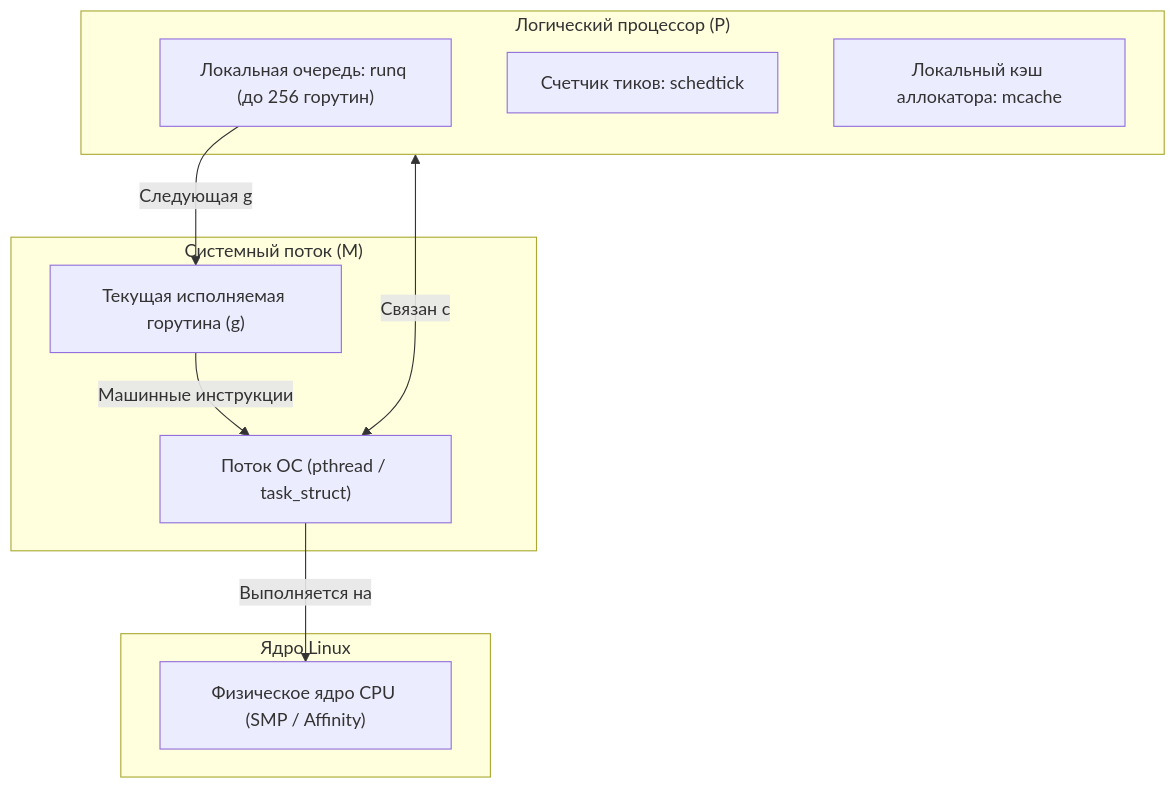
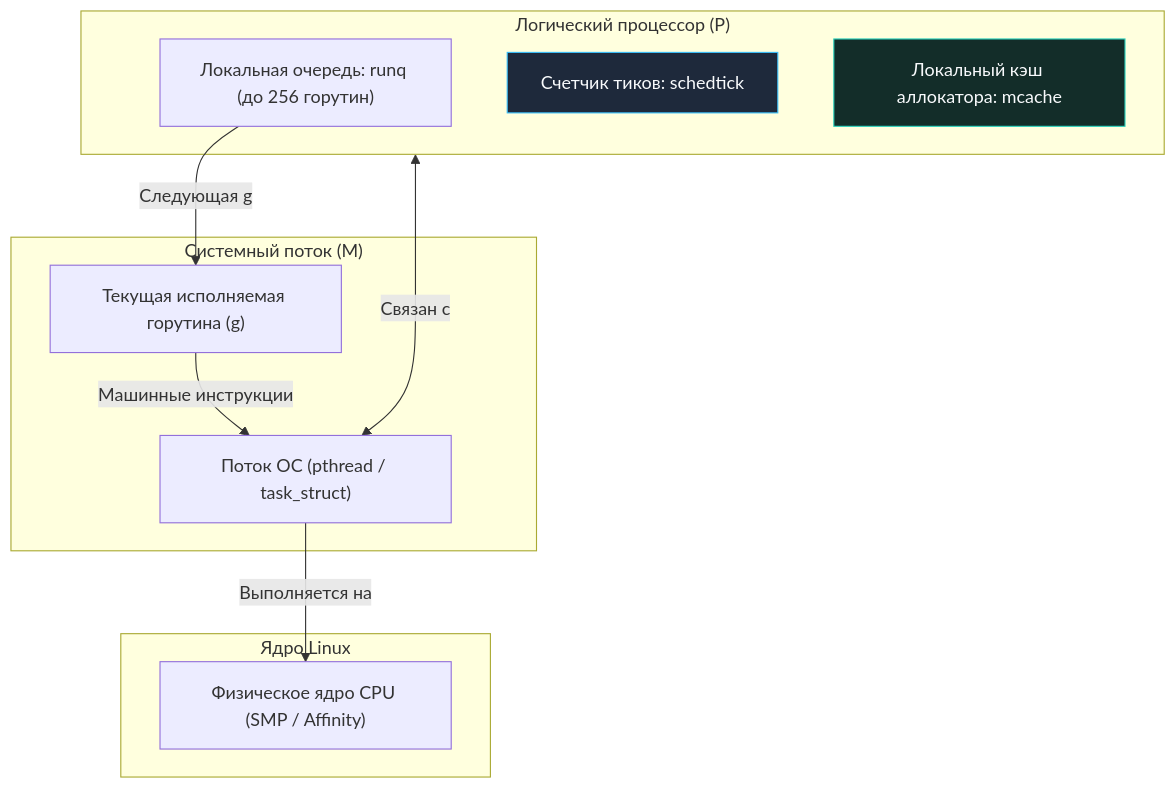
The second of 5 diagrams in sources/2. Устройство и работа ОС/62. Как Go runtime взаимодействует с ОС.md (UnrealTemplier/go-textbook), drawn with Mermaid before and after one commit. The commit also changed other lines of this file and 1666 other files, not shown here.

First line of the commit message:
feat(mermaid): add semantic color classDef to 1369 colorless flowchart/graph diagrams

````diff
--- a/sources/2. Устройство и работа ОС/62. Как Go runtime взаимодействует с ОС.md
+++ b/sources/2. Устройство и работа ОС/62. Как Go runtime взаимодействует с ОС.md
@@ -60,22 +70,32 @@
 ```mermaid
 flowchart TD
+    classDef process  fill:#1e293b,stroke:#38bdf8,stroke-width:1px,color:#f8fafc
+    classDef success  fill:#064e3b,stroke:#34d399,stroke-width:1px,color:#f8fafc
+    classDef error    fill:#7f1d1d,stroke:#f87171,stroke-width:1px,color:#f8fafc
+    classDef warning  fill:#78350f,stroke:#fbbf24,stroke-width:1px,color:#f8fafc
+    classDef entry    fill:#1e3a5f,stroke:#38bdf8,stroke-width:2px,color:#f8fafc
+    classDef aux      fill:#334155,stroke:#64748b,stroke-width:1px,color:#f8fafc
+    classDef system   fill:#312e81,stroke:#a78bfa,stroke-width:1px,color:#f8fafc
+    classDef data     fill:#132d29,stroke:#2dd4bf,stroke-width:1px,color:#f8fafc
+    classDef network  fill:#881337,stroke:#fb7185,stroke-width:1px,color:#f8fafc
+    classDef accent   fill:#1e1b4b,stroke:#818cf8,stroke-width:1px,color:#f8fafc
     subgraph LogicalP ["Логический процессор (P)"]
         RunqHead["Локальная очередь: runq (до 256 горутин)"]
-        SchedTick["Счетчик тиков: schedtick"]
-        MCache["Локальный кэш аллокатора: mcache"]
+        SchedTick["Счетчик тиков: schedtick"]:::process
+        MCache["Локальный кэш аллокатора: mcache"]:::data
     end
 
     subgraph OSThread ["Системный поток (M)"]
         M_Thread["Поток ОС (pthread / task_struct)"]
         CurrentG["Текущая исполняемая горутина (g)"]
     end
 
     subgraph KernelScheduler ["Ядро Linux"]
         CPU_Core["Физическое ядро CPU (SMP / Affinity)"]
     end
 
     RunqHead -->|Следующая g| CurrentG
     LogicalP <-->|Связан с| M_Thread
     CurrentG -->|Машинные инструкции| M_Thread
     M_Thread -->|Выполняется на| CPU_Core
 ```
````
